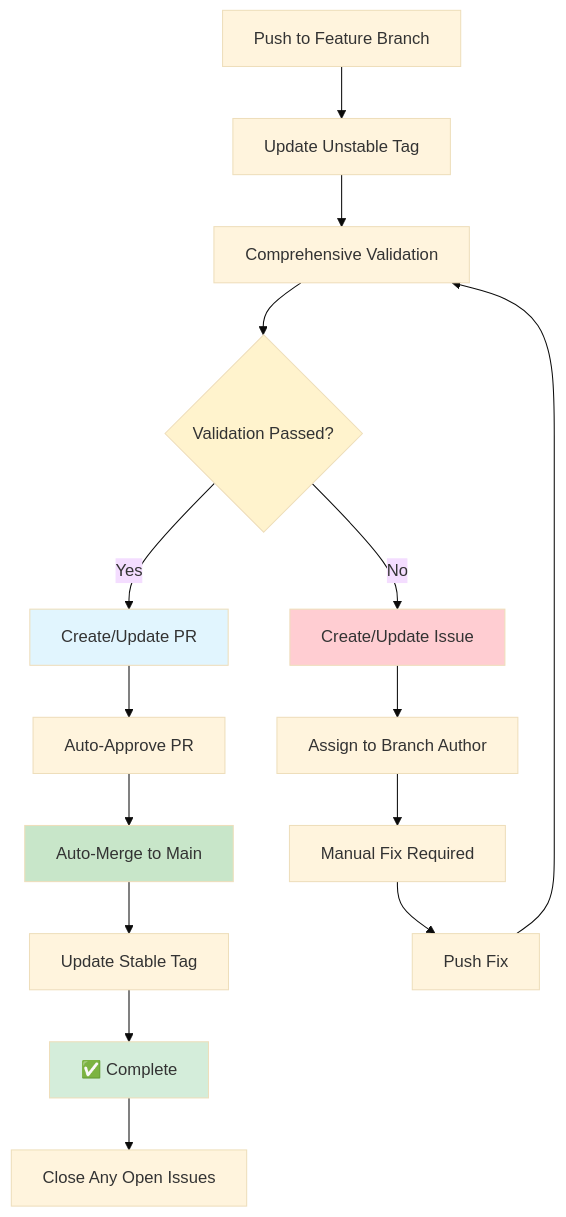
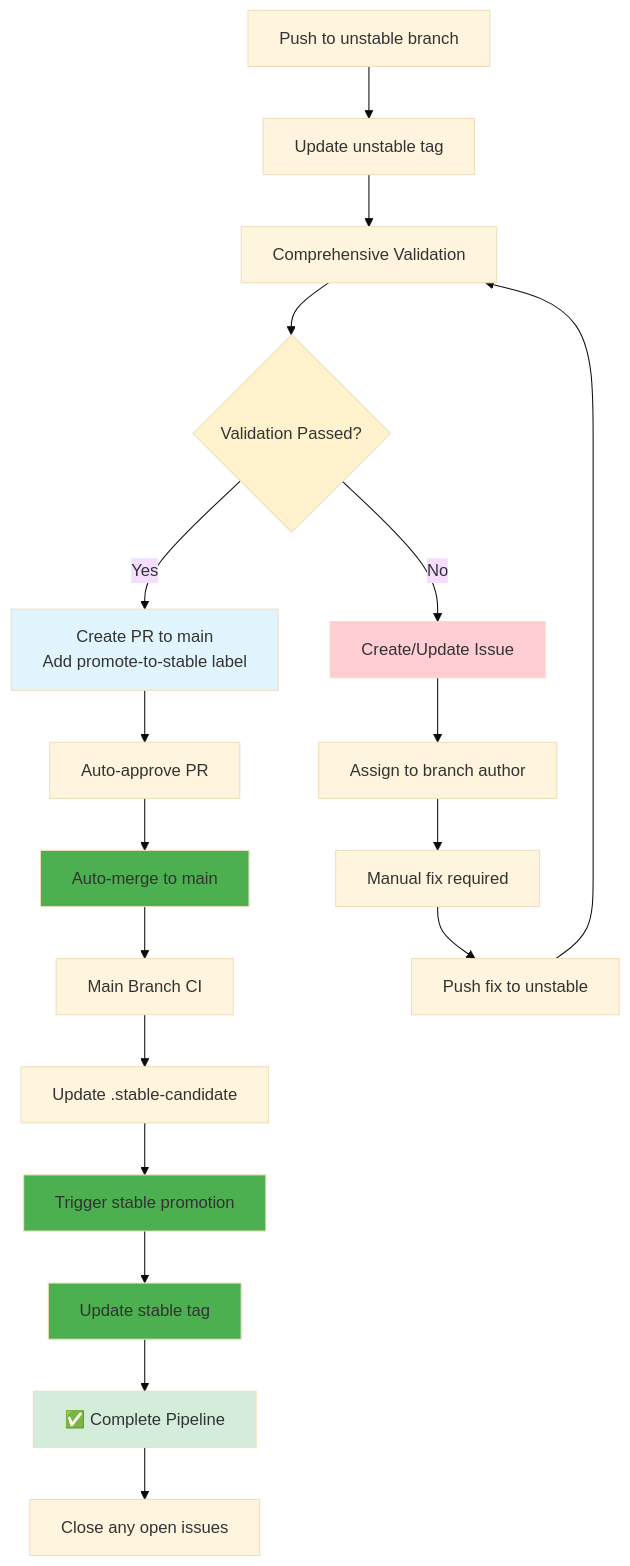
The fourth of 12 diagrams in README.md (NixLine-org/.github), drawn with Mermaid (base theme) before and after one commit. The commit also changed other lines of this file and 1 other file, not shown here.

````diff
--- a/README.md
+++ b/README.md
@@ -242,26 +246,31 @@
 ```mermaid
 graph TD
-    A[Push to Feature Branch] --> B[Update Unstable Tag]
+    A[Push to unstable branch] --> B[Update unstable tag]
     B --> C[Comprehensive Validation]
     C --> D{Validation Passed?}
 
-    D -->|Yes| E[Create/Update PR]
-    E --> F[Auto-Approve PR]
-    F --> G[Auto-Merge to Main]
-    G --> H[Update Stable Tag]
-    H --> I[✅ Complete]
+    D -->|Yes| E[Create PR to main<br/>Add promote-to-stable label]
+    E --> F[Auto-approve PR]
+    F --> G[Auto-merge to main]
+    G --> H[Main Branch CI]
+    H --> I[Update .stable-candidate]
+    I --> J[Trigger stable promotion]
+    J --> K[Update stable tag]
+    K --> L[✅ Complete Pipeline]
 
-    D -->|No| J[Create/Update Issue]
-    J --> K[Assign to Branch Author]
-    K --> L[Manual Fix Required]
-    L --> M[Push Fix]
-    M --> C
+    D -->|No| M[Create/Update Issue]
+    M --> N[Assign to branch author]
+    N --> O[Manual fix required]
+    O --> P[Push fix to unstable]
+    P --> C
 
-    I --> N[Close Any Open Issues]
+    L --> Q[Close any open issues]
 
     style D fill:#fff3cd
     style E fill:#e1f5fe
-    style G fill:#c8e6c9
-    style I fill:#d4edda
-    style J fill:#ffcdd2
+    style G fill:#4CAF50
+    style J fill:#4CAF50
+    style K fill:#4CAF50
+    style L fill:#d4edda
+    style M fill:#ffcdd2
 ```
````
